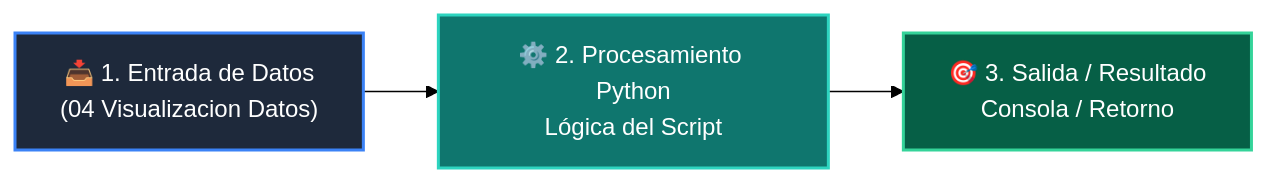
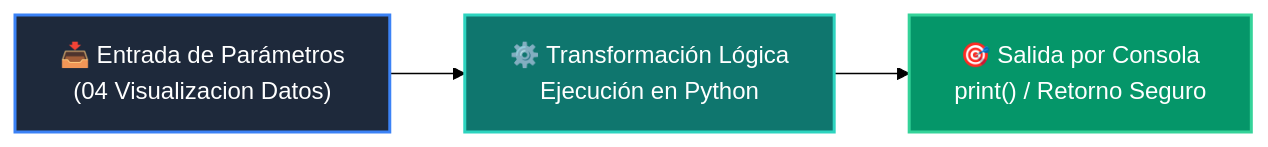
Before and after one commit to wisrovi/wisrovi-python: the diagram in 04-proyecto-final/clase-04-frontend-streamlit/ejemplos/ejemplo_04_visualizacion_datos/README.md, drawn with Mermaid (forest theme). The commit also changed other lines of this file and 226 other files, not shown here.

Commit message:
docs: elevate all repository READMEs to world-class mastery standard with rich pedagogical architecture, custom Mermaids, and professional styling

````diff
--- a/04-proyecto-final/clase-04-frontend-streamlit/ejemplos/ejemplo_04_visualizacion_datos/README.md
+++ b/04-proyecto-final/clase-04-frontend-streamlit/ejemplos/ejemplo_04_visualizacion_datos/README.md
@@ -12,9 +19,9 @@
 ```mermaid
 flowchart LR
-    A["📥 1. Entrada de Datos<br/>(04 Visualizacion Datos)"] --> B["⚙️ 2. Procesamiento Python<br/>Lógica del Script"]
-    B --> C["🎯 3. Salida / Resultado<br/>Consola / Retorno"]
+    A["📥 Entrada de Parámetros<br/>(04 Visualizacion Datos)"] --> B["⚙️ Transformación Lógica<br/>Ejecución en Python"]
+    B --> C["🎯 Salida por Consola<br/>print() / Retorno Seguro"]
 
-    style A fill:#1e293b,color:#fff,stroke:#3b82f6,stroke-width:2px
-    style B fill:#0f766e,color:#fff,stroke:#2dd4bf,stroke-width:2px
-    style C fill:#065f46,color:#fff,stroke:#34d399,stroke-width:2px
+    style A fill:#1e293b,color:#ffffff,stroke:#3b82f6,stroke-width:2px
+    style B fill:#0f766e,color:#ffffff,stroke:#2dd4bf,stroke-width:2px
+    style C fill:#059669,color:#ffffff,stroke:#34d399,stroke-width:2px
 ```
````
